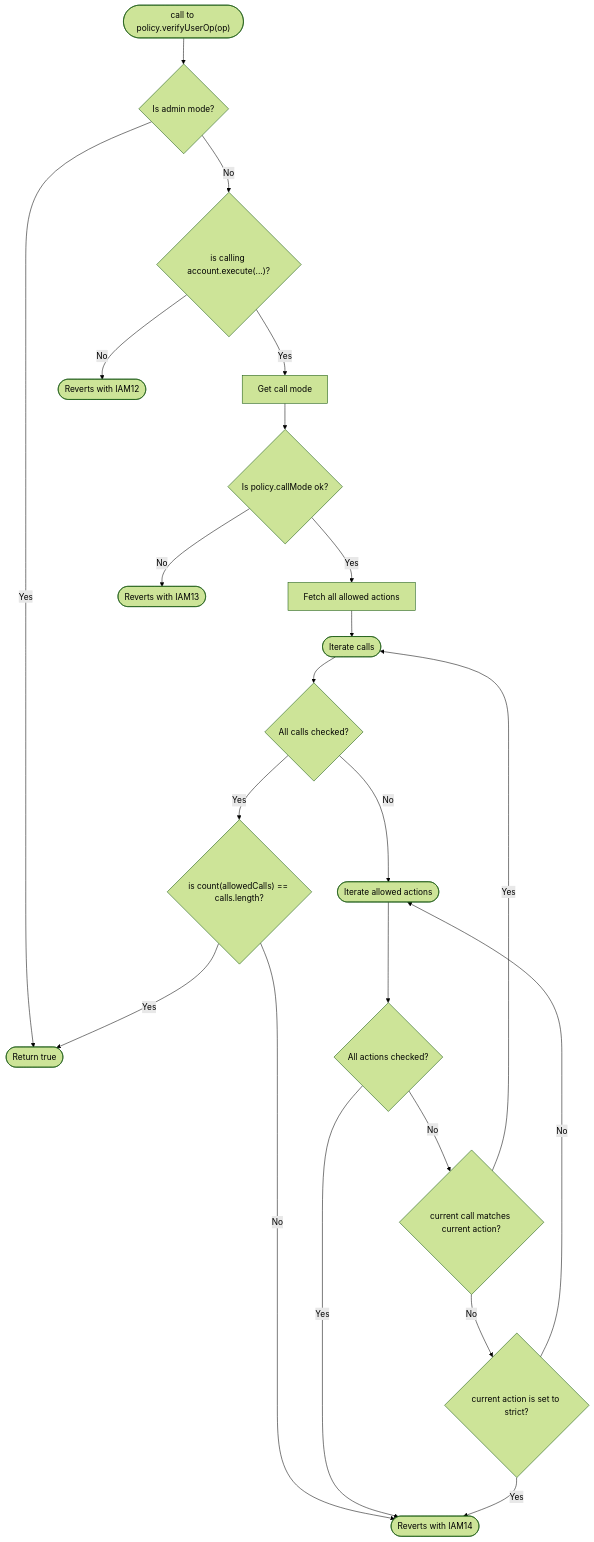
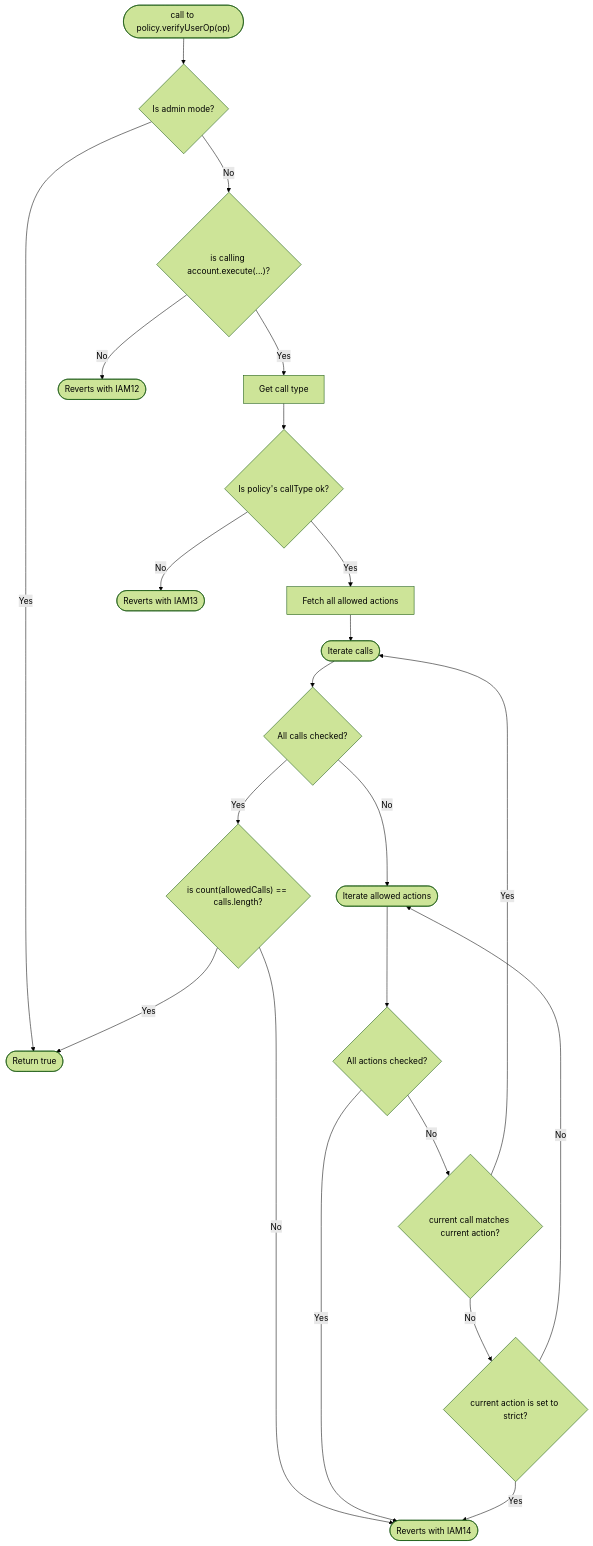
One commit to stackup-wallet/accessctl changed the second of 2 diagrams in README.md. Above: the diagram before and after it, drawn with Mermaid (forest theme). The commit also changed other lines of this file and 4 other files, not shown here.

Commit message:
Add policy check for `callType` (#29)

````diff
--- a/README.md
+++ b/README.md
@@ -153,24 +153,24 @@
 ```mermaid
 flowchart TD
     start(["call to policy.verifyUserOp(op)"])-->isAdmin{Is admin mode?}
     isAdmin-->|Yes|ok([Return true])
     isAdmin-->|No|isExec{"is calling account.execute(...)?"}
-    isExec-->|Yes|getCallMode["Get call mode"]
+    isExec-->|Yes|getCallType["Get call type"]
     isExec-->|No|iam12([Reverts with IAM12])
-    getCallMode-->isCallModeOk{"Is policy.callMode ok?"}
-    isCallModeOk-->|Yes|hydrateActions[Fetch all allowed actions]
-    isCallModeOk-->|No|iam13([Reverts with IAM13])
+    getCallType-->isCallTypeOk{"Is policy's callType ok?"}
+    isCallTypeOk-->|Yes|hydrateActions[Fetch all allowed actions]
+    isCallTypeOk-->|No|iam13([Reverts with IAM13])
     hydrateActions-->iterateCalls([Iterate calls])
     iterateCalls-->isLastCall{All calls checked?}
     isLastCall-->|Yes|allCallsOk{"is count(allowedCalls) == calls.length?"}
     allCallsOk-->|Yes|ok
     allCallsOk-->|No|iam14([Reverts with IAM14])
     isLastCall-->|No|iterateActions([Iterate allowed actions])
     iterateActions-->isLastAction{All actions checked?}
     isLastAction-->|Yes|iam14
     isLastAction-->|No|isCallActionMatch{current call matches current action?}
     isCallActionMatch-->|No|isStrictMode{current action is set to strict?}
     isStrictMode-->|Yes|iam14
     isStrictMode-->|No|iterateActions
     isCallActionMatch-->|Yes|iterateCalls
 ```
````
